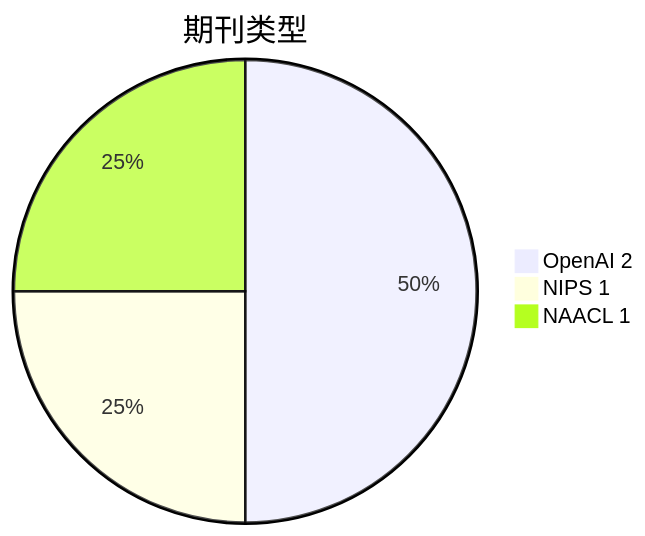
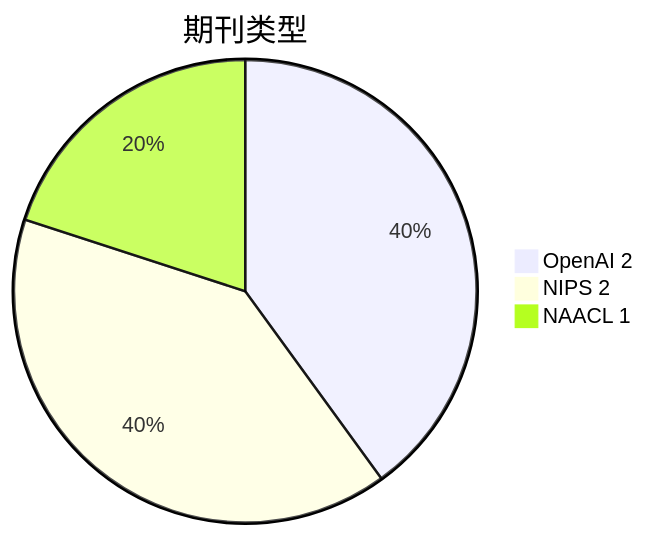
The second of 4 diagrams in Base_Model/LLM/analyse.md (Elephant-King9/Paper), drawn with Mermaid before and after one commit. The commit also changed other lines of this file and 5 other files, not shown here.

````diff
--- a/Base_Model/LLM/analyse.md
+++ b/Base_Model/LLM/analyse.md
@@ -26,6 +26,6 @@
 ```mermaid
 pie title 期刊类型
 		"OpenAI 2" : 2
-		"NIPS 1" : 1
+		"NIPS 2" : 2
 		"NAACL 1" : 1
 ```
````
